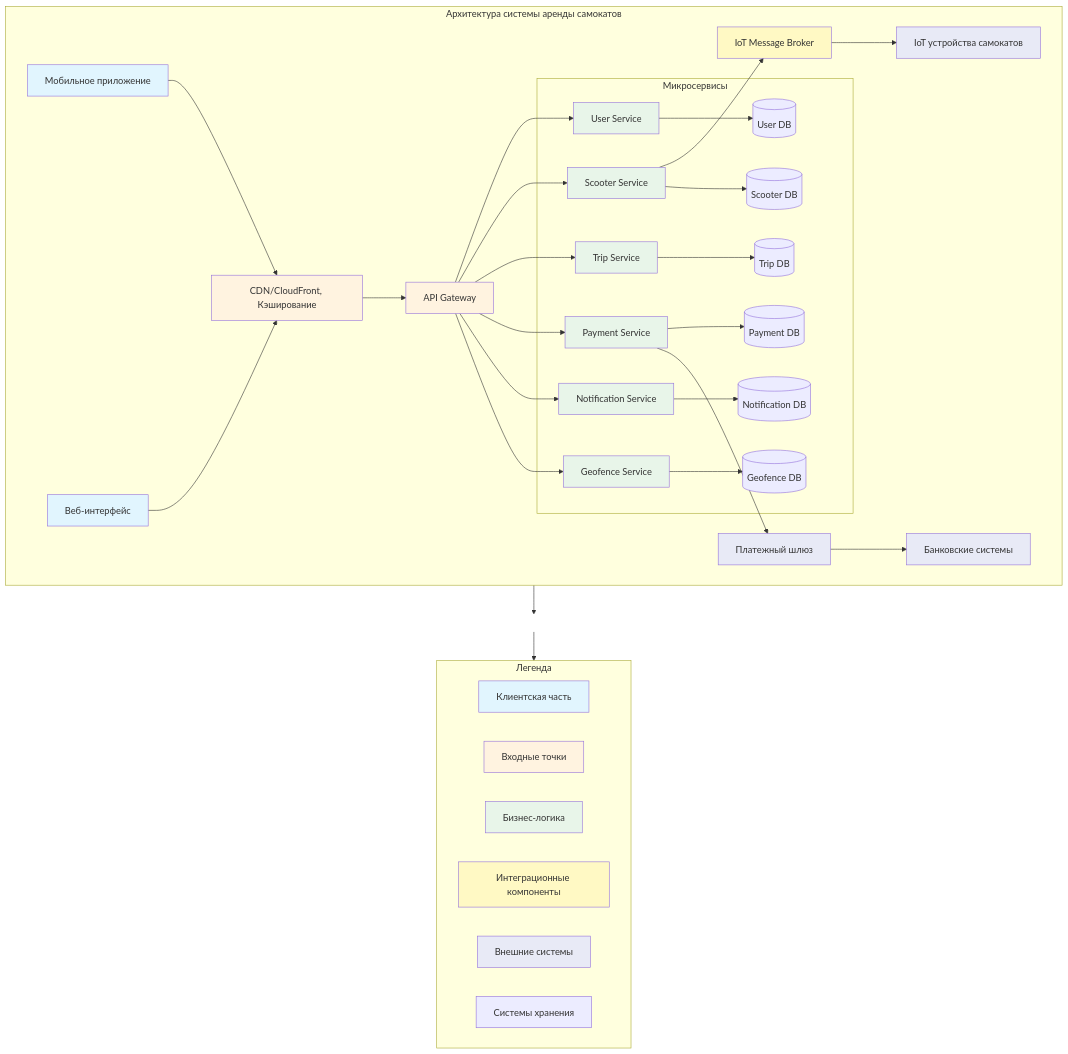
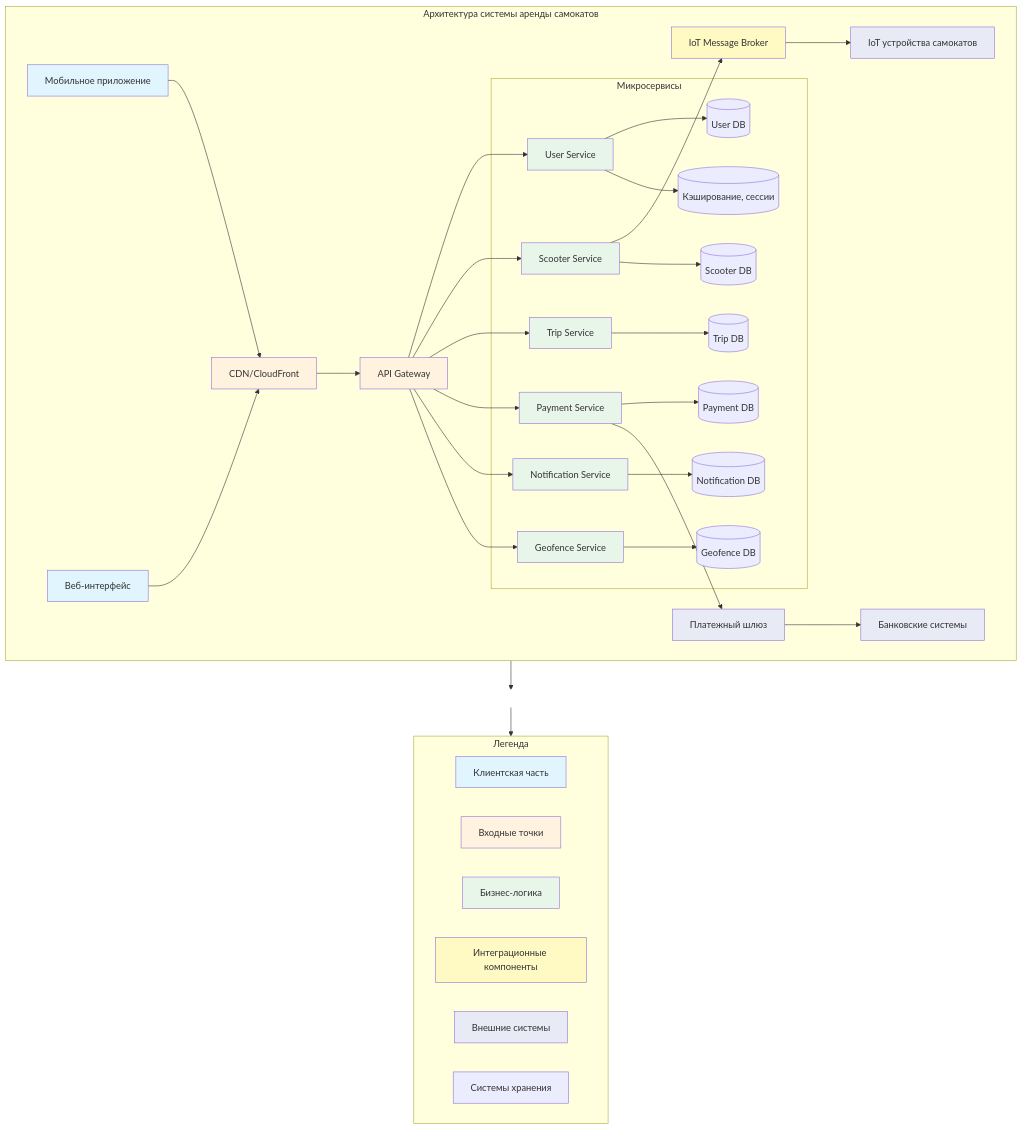
The diagram in arkhitekturnoe-kata-prakticheskoe-rukovodstv/shering-elektrosamokatov/arkhitekturnoe-kata-6.mermaid (sinitsina098-hash/new-catalog), drawn with Mermaid before and after one commit. The commit also changed 1 other file, not shown here.

```diff
--- a/arkhitekturnoe-kata-prakticheskoe-rukovodstv/shering-elektrosamokatov/arkhitekturnoe-kata-6.mermaid
+++ b/arkhitekturnoe-kata-prakticheskoe-rukovodstv/shering-elektrosamokatov/arkhitekturnoe-kata-6.mermaid
@@ -1,84 +1,86 @@
 graph TD
     subgraph Architecture [Архитектура системы аренды самокатов]
         Mobile[Мобильное приложение]:::client
         Web[Веб-интерфейс]:::client
-        CDN[CDN/CloudFront, Кэширование]:::entry
+        CDN[CDN/CloudFront]:::entry
         API[API Gateway]:::entry
         
         subgraph Microservices [Микросервисы]
             USER[User Service]:::business
             DB_USER[(User DB)]:::storage
+            Cash[(Кэширование, сессии)]:::storage
             
             SCOOTER[Scooter Service]:::business
             DB_SCOOTER[(Scooter DB)]:::storage
             
             TRIP[Trip Service]:::business
             DB_TRIP[(Trip DB)]:::storage
             
             GEOFENCE[Geofence Service]:::business
             DB_GEO[(Geofence DB)]:::storage
             
             PAYMENT[Payment Service]:::business
             DB_PAYMENT[(Payment DB)]:::storage
             
             NOTIFY[Notification Service]:::business
             DB_NOTIFY[(Notification DB)]:::storage
         end
 
  
         MBB[IoT Message Broker]:::integration
 
         PAYMENT_GW[Платежный шлюз]:::external
         
 
 
         IOT[IoT устройства самокатов]:::external
         BANK[Банковские системы]:::external
         
 
         Mobile --> CDN
         Web --> CDN
         CDN --> API
         API --> USER
         API --> SCOOTER
         API --> TRIP
         API --> PAYMENT
         API --> NOTIFY
         API --> GEOFENCE
         
         SCOOTER --> MBB
         MBB --> IOT
         
         USER --> DB_USER
+        USER --> Cash
         SCOOTER --> DB_SCOOTER
         TRIP --> DB_TRIP
         GEOFENCE --> DB_GEO
         PAYMENT --> DB_PAYMENT
         NOTIFY --> DB_NOTIFY
         
         PAYMENT --> PAYMENT_GW
         PAYMENT_GW --> BANK
         
 
     end
 
 
     subgraph Legend [Легенда]
         L1[Клиентская часть]:::client
         L2[Входные точки]:::entry
         L3[Бизнес-логика]:::business
         L4[Интеграционные компоненты]:::integration
         L5[Внешние системы]:::external
         L6[Системы хранения]:::storage
     end
 
     classDef client fill:#e1f5fe;
     classDef entry fill:#fff3e0;
     classDef business fill:#e8f5e9;
     classDef integration fill:#fff9c4;
     classDef external fill:#e8eaf6;
 
     Architecture --> Invisible[ ]:::invisible
     Invisible --> Legend
     
     classDef invisible fill:#ffffff, stroke:#ffffff, color:#ffffff;
```
